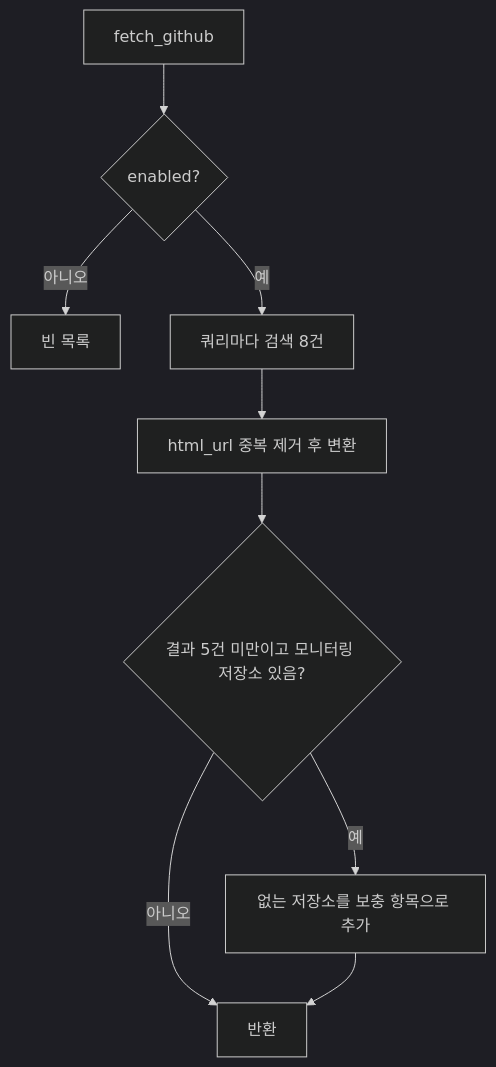
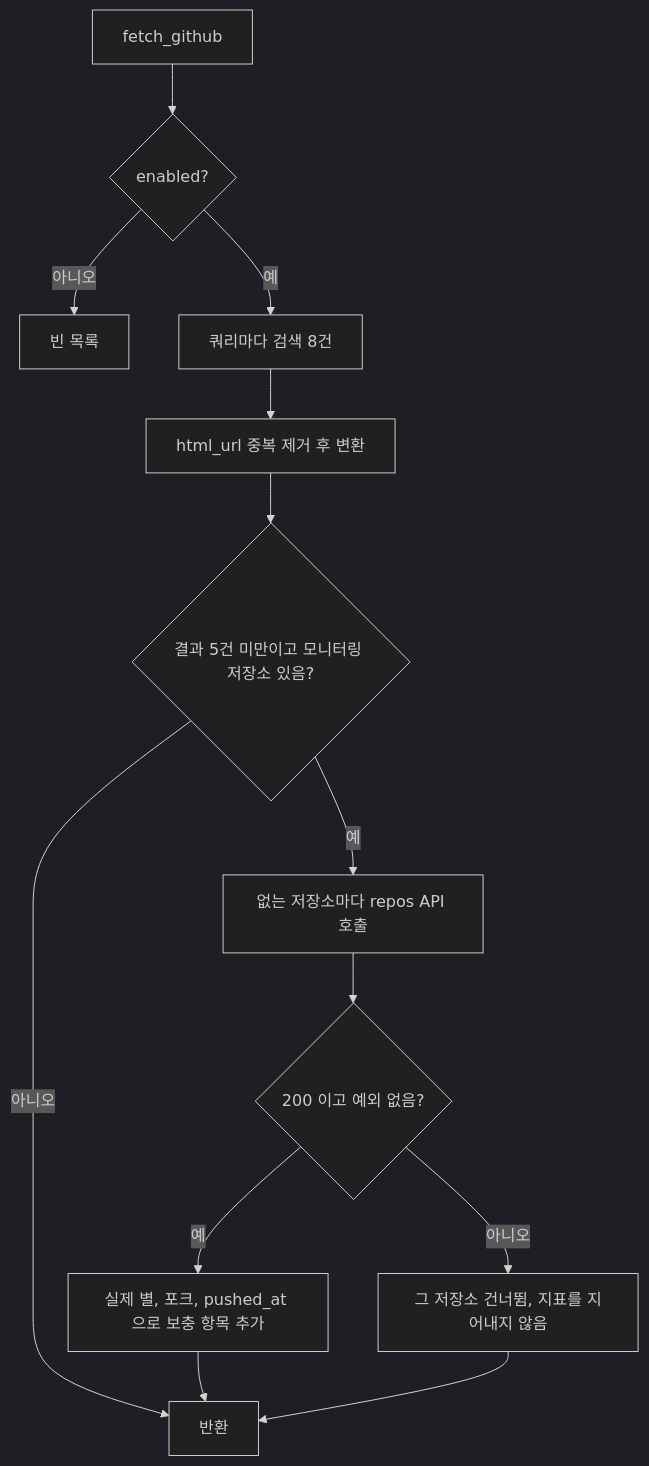
One commit to ozplayground/agent-lens changed the seventh of 26 diagrams in docs/spec-writer/fsd/03_COLLECTION_SPECIFICATION.md. Above: the diagram before and after it, drawn with Mermaid (dark theme). The commit also changed other lines of this file and 216 other files, not shown here.

````diff
--- a/docs/spec-writer/fsd/03_COLLECTION_SPECIFICATION.md
+++ b/docs/spec-writer/fsd/03_COLLECTION_SPECIFICATION.md
@@ -459,11 +474,15 @@
 ```mermaid
 flowchart TD
     A["fetch_github"] --> B{"enabled?"}
     B -->|아니오| C["빈 목록"]
     B -->|예| D["쿼리마다 검색 8건"]
     D --> E["html_url 중복 제거 후 변환"]
     E --> F{"결과 5건 미만이고 모니터링 저장소 있음?"}
-    F -->|예| G["없는 저장소를 보충 항목으로 추가"]
+    F -->|예| G["없는 저장소마다 repos API 호출"]
+    G --> G2{"200 이고 예외 없음?"}
+    G2 -->|예| G3["실제 별, 포크, pushed_at 으로 보충 항목 추가"]
+    G2 -->|아니오| G4["그 저장소 건너뜀, 지표를 지어내지 않음"]
     F -->|아니오| H["반환"]
-    G --> H
+    G3 --> H
+    G4 --> H
 ```
````
